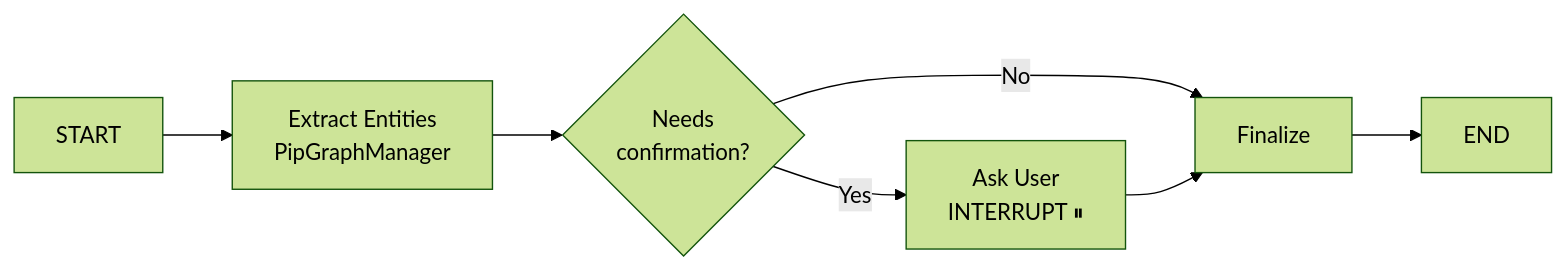
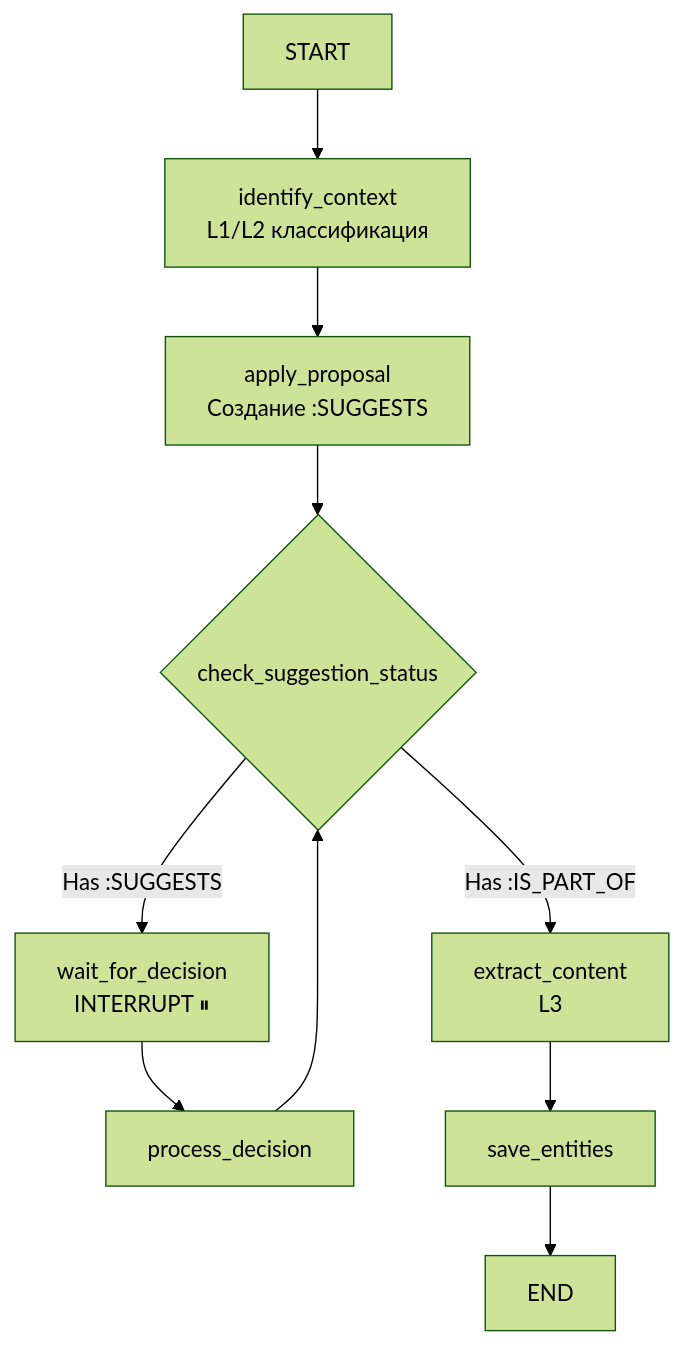
One commit to howmanyrs/pipgraph-internal changed the diagram in backend/docs/LANGGRAPH_MVP_IML_INFO.md. Above: the diagram before and after it, drawn with Mermaid (forest theme). The commit also changed other lines of this file and 11 other files, not shown here.

````diff
--- a/backend/docs/LANGGRAPH_MVP_IML_INFO.md
+++ b/backend/docs/LANGGRAPH_MVP_IML_INFO.md
@@ -25,9 +29,12 @@
 ```mermaid
-graph LR
-    START --> extract[Extract Entities<br/>PipGraphManager]
-    extract --> check{Needs<br/>confirmation?}
-    check -->|Yes| ask[Ask User<br/>INTERRUPT ⏸]
-    check -->|No| finalize[Finalize]
-    ask --> finalize
-    finalize --> END
+graph TD
+    START --> identify[identify_context<br/>L1/L2 классификация]
+    identify --> apply[apply_proposal<br/>Создание :SUGGESTS]
+    apply --> check{check_suggestion_status}
+    check -->|Has :SUGGESTS| wait[wait_for_decision<br/>INTERRUPT ⏸]
+    check -->|Has :IS_PART_OF| extract[extract_content<br/>L3]
+    wait --> process[process_decision]
+    process --> check
+    extract --> save[save_entities]
+    save --> END
 ```
````
